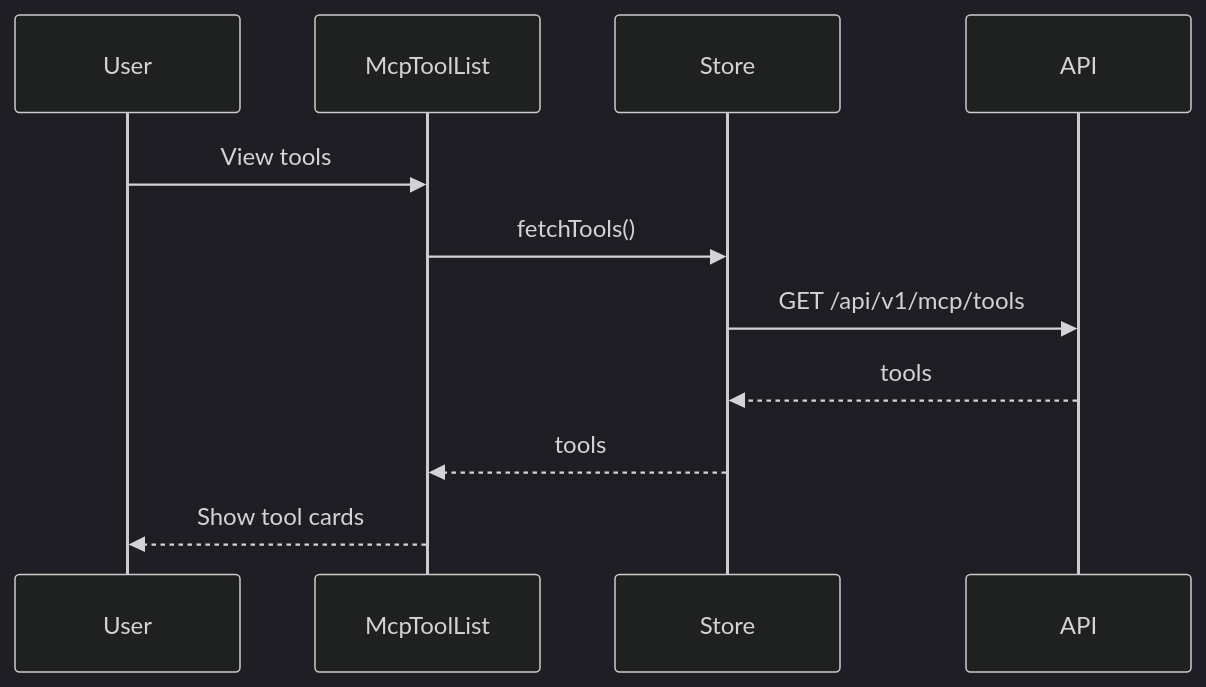
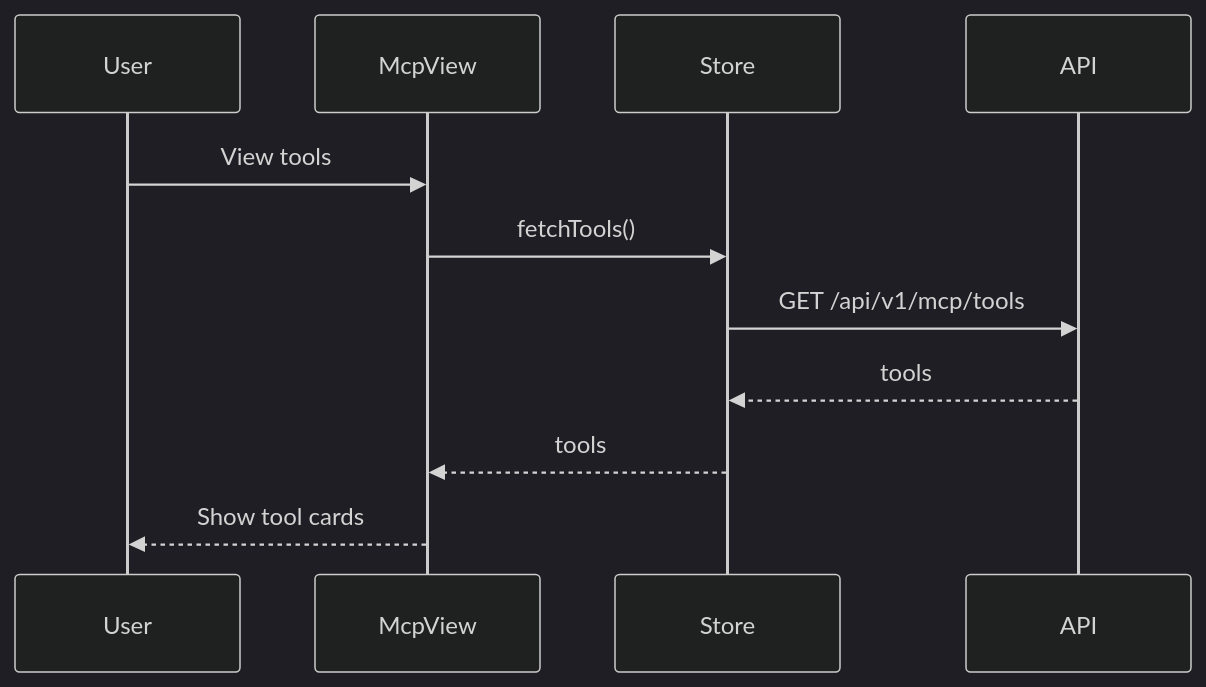
One commit to Lezhik/SpringTwin changed the first of 2 diagrams in src/test/vue/mcp/AGENTS.md. Above: the diagram before and after it, drawn with Mermaid (dark theme). The commit also changed other lines of this file and 73 other files, not shown here.

Commit message:
Sprint 1: Project Setup: Test architecture

````diff
--- a/src/test/vue/mcp/AGENTS.md
+++ b/src/test/vue/mcp/AGENTS.md
@@ -755,14 +632,14 @@
 ```mermaid
 sequenceDiagram
     participant User
-    participant McpToolList
+    participant McpView
     participant Store
     participant API
     
-    User->>McpToolList: View tools
-    McpToolList->>Store: fetchTools()
+    User->>McpView: View tools
+    McpView->>Store: fetchTools()
     Store->>API: GET /api/v1/mcp/tools
     API-->>Store: tools
-    Store-->>McpToolList: tools
-    McpToolList-->>User: Show tool cards
+    Store-->>McpView: tools
+    McpView-->>User: Show tool cards
 ```
````
